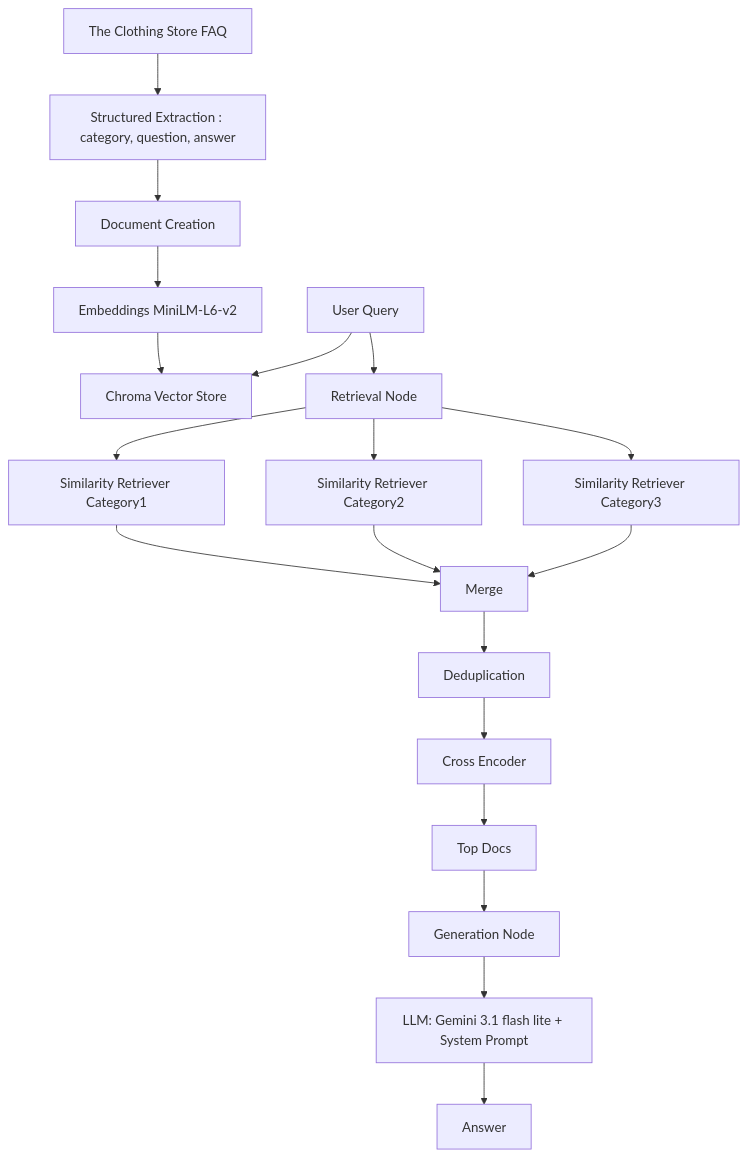
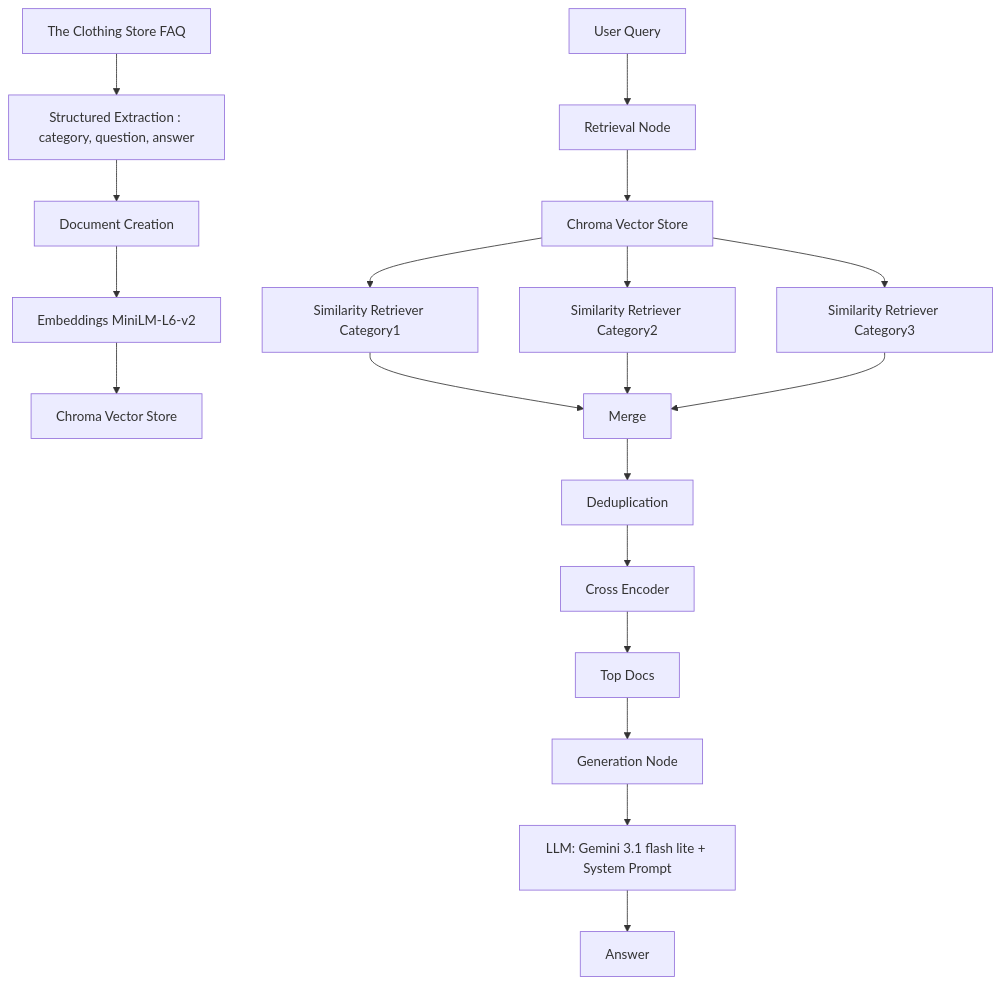
One commit to rushan3101/Customer-Support-RAG--LLM-LangChain-LangGraph-Gemini-Streamlit changed the diagram in README.md. Above: the diagram before and after it, drawn with Mermaid.

````diff
--- a/README.md
+++ b/README.md
@@ -15,28 +15,28 @@
 ```mermaid
 flowchart TD
 
 A[The Clothing Store FAQ] --> B[Structured Extraction : category, question, answer]
 B --> D[Document Creation]
 D --> E[Embeddings MiniLM-L6-v2]
 E --> F[Chroma Vector Store]
 
 Q[User Query] --> R[Retrieval Node]
-Q --> F
-R --> R1[Similarity Retriever Category1]
-R --> R2[Similarity Retriever Category2]
-R --> R3[Similarity Retriever Category3]
+R --> V[Chroma Vector Store]
+V --> R1[Similarity Retriever Category1]
+V --> R2[Similarity Retriever Category2]
+V --> R3[Similarity Retriever Category3]
 
 R1 --> RALL[Merge]
 R2 --> RALL
 R3 --> RALL
 
 RALL --> DEDUP[Deduplication]
 DEDUP --> CE[Cross Encoder]
 CE --> CONTEXT[Top Docs]
 
 CONTEXT --> G[Generation Node]
 
 G --> LLM[LLM: Gemini 3.1 flash lite + System Prompt]
 
 LLM --> OUTPUT[Answer]
 ```
````
